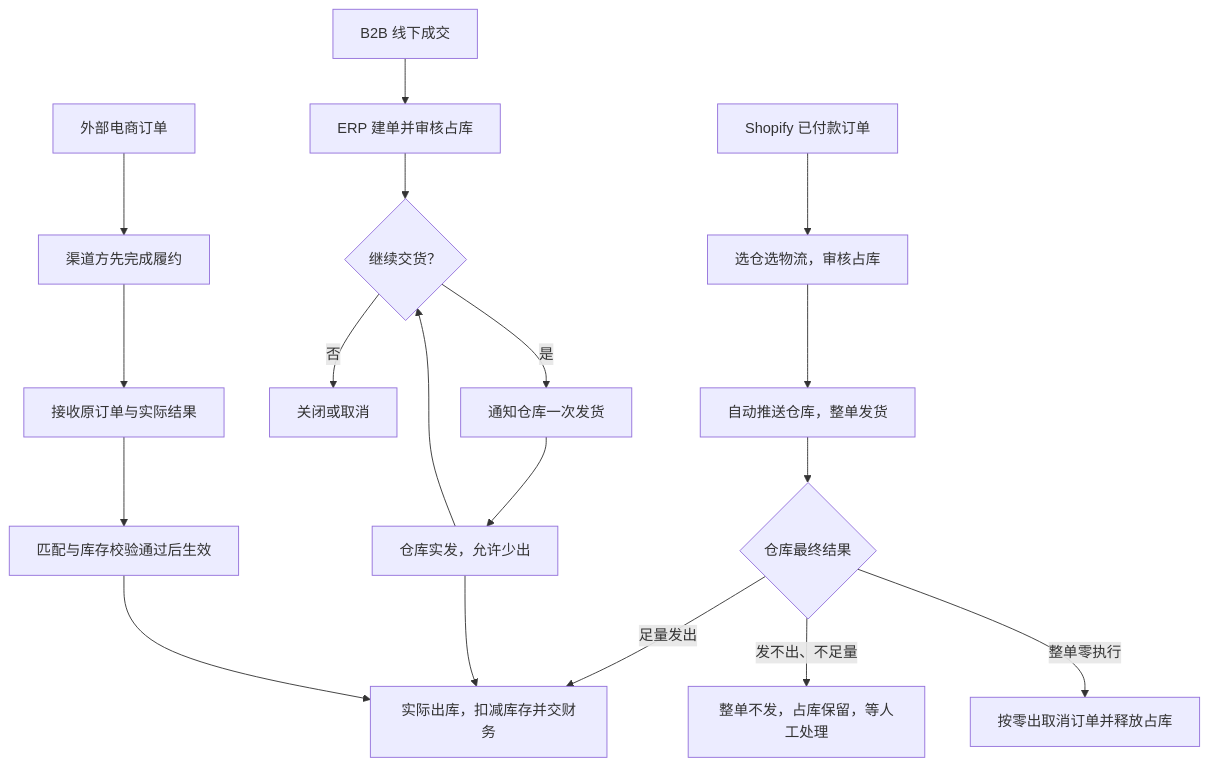
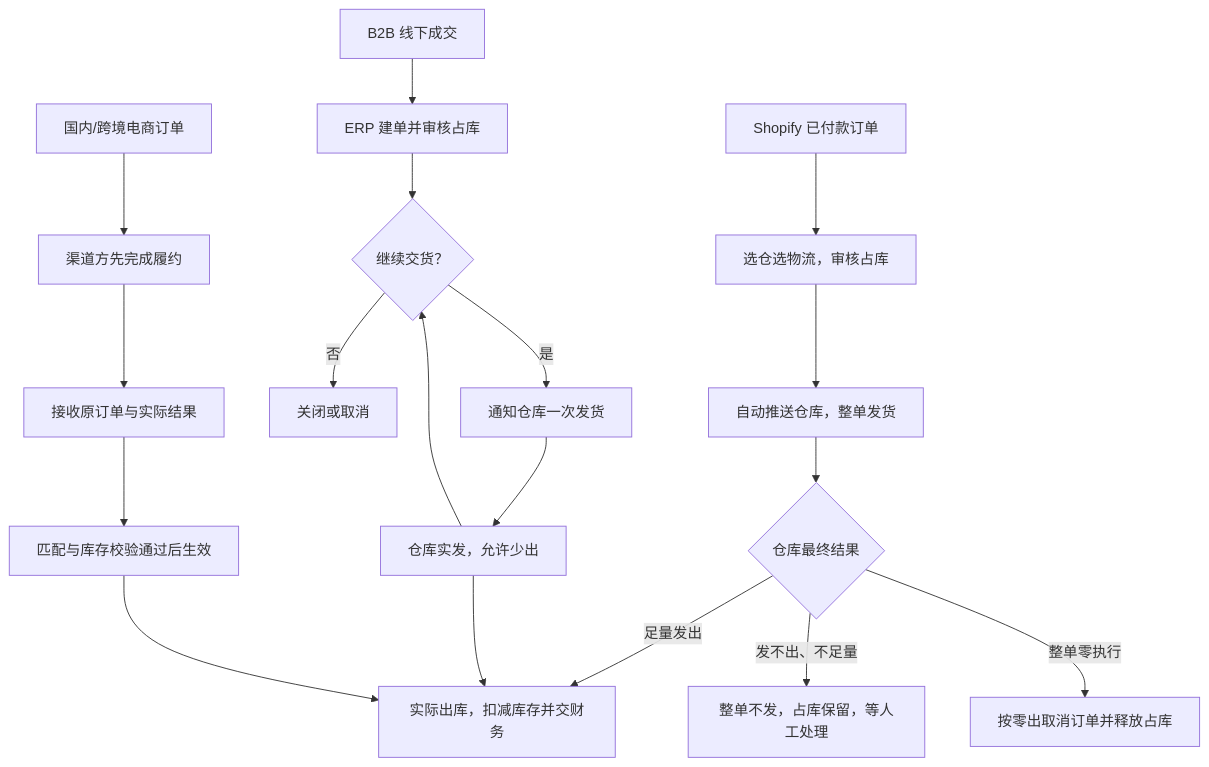
The first of 2 diagrams in 03-业务分析和设计/02-销售与履约业务设计.md (TopVitamin/QS-ERP-Project), drawn with Mermaid before and after one commit. The commit also changed other lines of this file and 451 other files, not shown here.

````diff
--- a/03-业务分析和设计/02-销售与履约业务设计.md
+++ b/03-业务分析和设计/02-销售与履约业务设计.md
@@ -109,20 +111,20 @@
 ```mermaid
 flowchart TB
     A[B2B 线下成交] --> A1[ERP 建单并审核占库]
     A1 --> A2{继续交货？}
     A2 -->|是| A3[通知仓库一次发货]
     A3 --> A4[仓库实发，允许少出]
     A4 --> A2
     A2 -->|否| A5[关闭或取消]
     B[Shopify 已付款订单] --> B1[选仓选物流，审核占库]
     B1 --> B2[自动推送仓库，整单发货]
     B2 --> B3{仓库最终结果}
     B3 -->|足量发出| D[实际出库，扣减库存并交财务]
     B3 -->|发不出、不足量| B5[整单不发，占库保留，等人工处理]
     B3 -->|整单零执行| B4[按零出取消订单并释放占库]
-    C[外部电商订单] --> C1[渠道方先完成履约]
+    C[国内/跨境电商订单] --> C1[渠道方先完成履约]
     C1 --> C2[接收原订单与实际结果]
     C2 --> C3[匹配与库存校验通过后生效]
     A4 --> D
     C3 --> D
 ```
````
